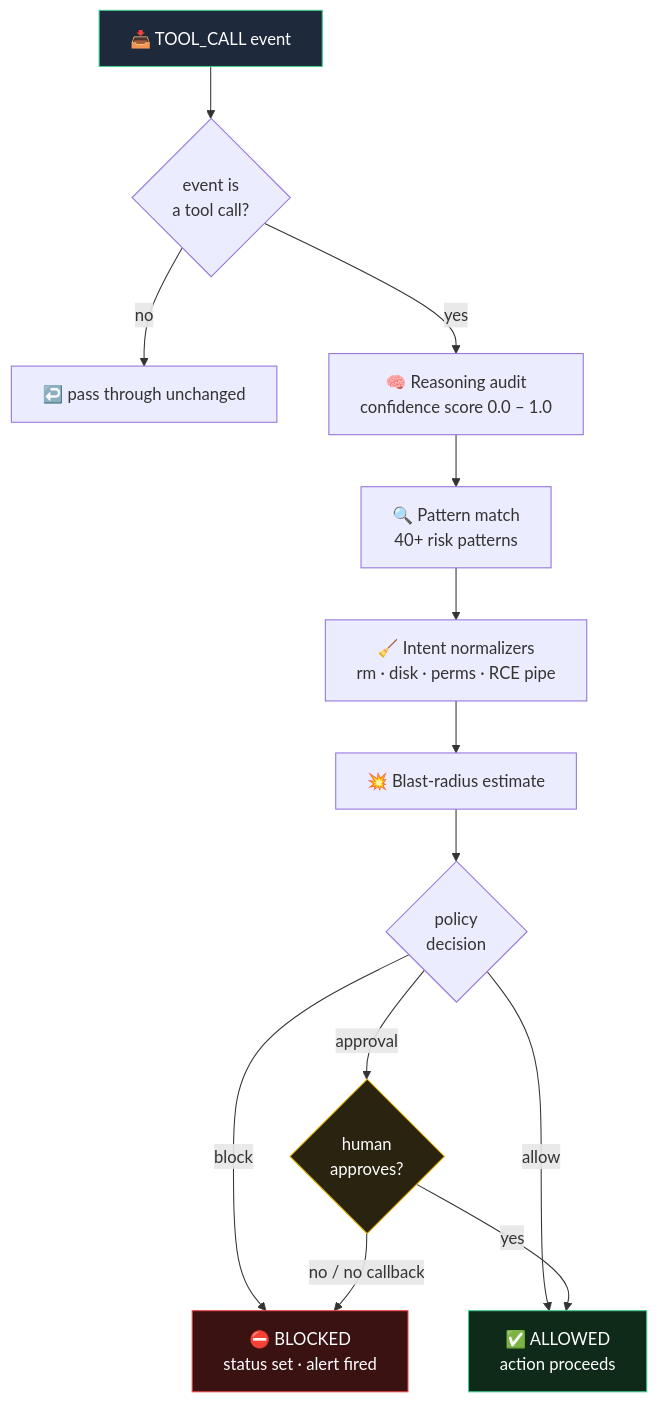
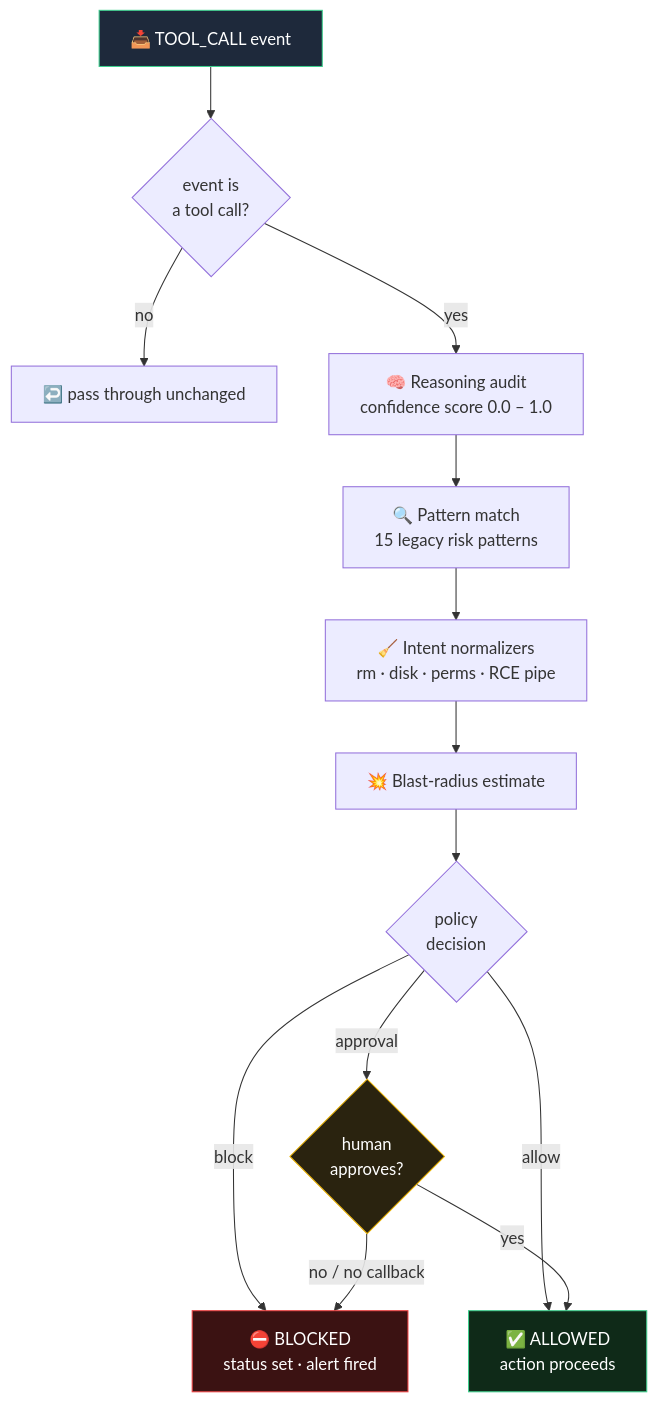
Before and after one commit to Shinraya-Tech-Labs/AgentWatch: the third of 5 diagrams in README.md, drawn with Mermaid. The commit also changed other lines of this file and 3 other files, not shown here.

````diff
--- a/README.md
+++ b/README.md
@@ -203,23 +203,23 @@
 ```mermaid
 flowchart TD
     EV["📥 TOOL_CALL event"] --> CHK{"event is<br/>a tool call?"}
     CHK -->|no| PASS["↩️ pass through unchanged"]
     CHK -->|yes| AUDIT["🧠 Reasoning audit<br/>confidence score 0.0 – 1.0"]
 
-    AUDIT --> MATCH["🔍 Pattern match<br/>40+ risk patterns"]
+    AUDIT --> MATCH["🔍 Pattern match<br/>15 legacy risk patterns"]
     MATCH --> NORM["🧹 Intent normalizers<br/>rm · disk · perms · RCE pipe"]
     NORM --> BLAST["💥 Blast-radius estimate"]
 
     BLAST --> DECIDE{"policy<br/>decision"}
     DECIDE -->|block| BLOCK["⛔ BLOCKED<br/>status set · alert fired"]
     DECIDE -->|approval| HITL{"human<br/>approves?"}
     DECIDE -->|allow| ALLOW["✅ ALLOWED<br/>action proceeds"]
 
     HITL -->|yes| ALLOW
     HITL -->|no / no callback| BLOCK
 
     style EV fill:#1e293b,stroke:#3ecf8e,color:#fff
     style BLOCK fill:#3b1212,stroke:#ef4444,color:#fff
     style ALLOW fill:#0f2a18,stroke:#3ecf8e,color:#fff
     style HITL fill:#2a230f,stroke:#eab308,color:#fff
 ```
````
